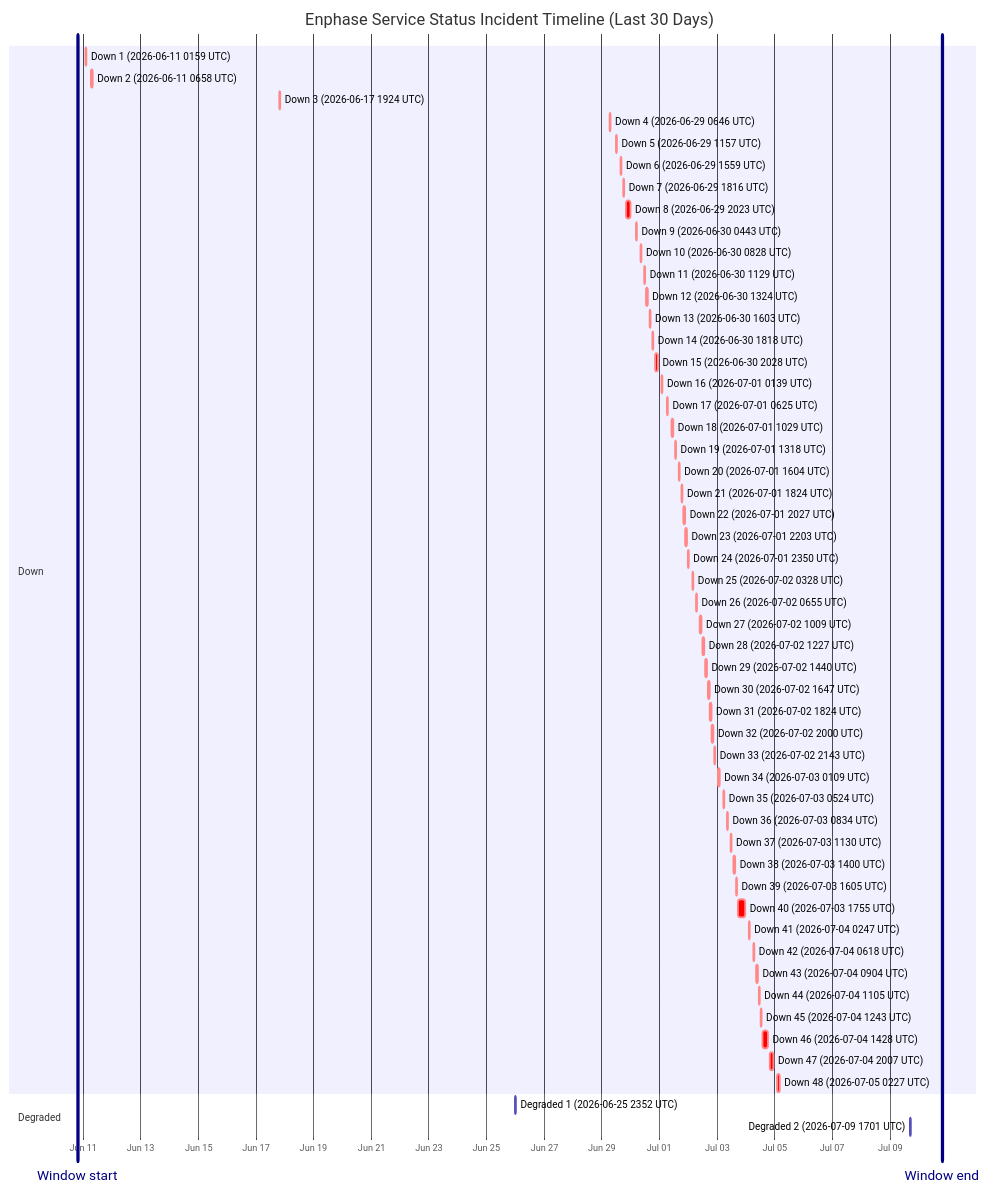
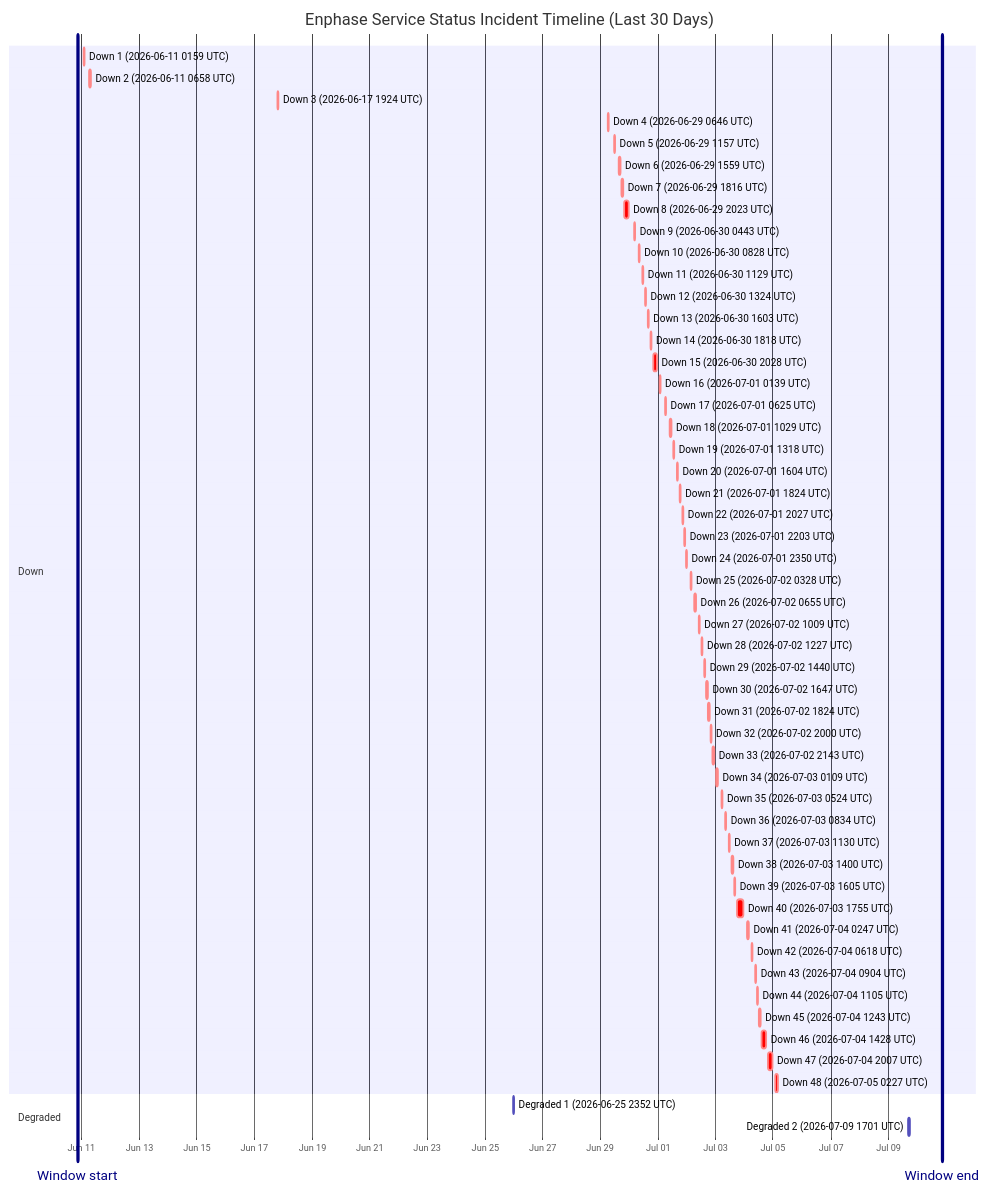
Before and after one commit to barneyonline/ha-enphase-energy: the diagram in wiki/Service-Status-History.md, drawn with Mermaid. The commit also changed other lines of this file and 3 other files, not shown here.

````diff
--- a/wiki/Service-Status-History.md
+++ b/wiki/Service-Status-History.md
@@ -14,60 +14,60 @@
 ```mermaid
 gantt
     title Enphase Service Status Incident Timeline (Last 30 Days)
     dateFormat  YYYY-MM-DDTHH:mm:ss
     axisFormat  %b %d
-    Window start :vert, window-start, 2026-06-10T19:25:05, 0ms
-    Window end :vert, window-end, 2026-07-10T19:25:05, 0ms
+    Window start :vert, window-start, 2026-06-10T20:48:50, 0ms
+    Window end :vert, window-end, 2026-07-10T20:48:50, 0ms
     section Down
     Down 1 (2026-06-11 0159 UTC) :crit, down-1, 2026-06-11T01:59:36, 60m
     Down 2 (2026-06-11 0658 UTC) :crit, down-2, 2026-06-11T06:58:45, 60m
     Down 3 (2026-06-17 1924 UTC) :crit, down-3, 2026-06-17T19:24:51, 60m
     Down 4 (2026-06-29 0646 UTC) :crit, down-4, 2026-06-29T06:46:18, 60m
     Down 5 (2026-06-29 1157 UTC) :crit, down-5, 2026-06-29T11:57:36, 60m
     Down 6 (2026-06-29 1559 UTC) :crit, down-6, 2026-06-29T15:59:02, 60m
     Down 7 (2026-06-29 1816 UTC) :crit, down-7, 2026-06-29T18:16:38, 60m
     Down 8 (2026-06-29 2023 UTC) :crit, down-8, 2026-06-29T20:23:16, 220m
     Down 9 (2026-06-30 0443 UTC) :crit, down-9, 2026-06-30T04:43:54, 60m
     Down 10 (2026-06-30 0828 UTC) :crit, down-10, 2026-06-30T08:28:43, 60m
     Down 11 (2026-06-30 1129 UTC) :crit, down-11, 2026-06-30T11:29:15, 60m
     Down 12 (2026-06-30 1324 UTC) :crit, down-12, 2026-06-30T13:24:25, 60m
     Down 13 (2026-06-30 1603 UTC) :crit, down-13, 2026-06-30T16:03:26, 60m
     Down 14 (2026-06-30 1818 UTC) :crit, down-14, 2026-06-30T18:18:39, 60m
     Down 15 (2026-06-30 2028 UTC) :crit, down-15, 2026-06-30T20:28:54, 171m
     Down 16 (2026-07-01 0139 UTC) :crit, down-16, 2026-07-01T01:39:18, 60m
     Down 17 (2026-07-01 0625 UTC) :crit, down-17, 2026-07-01T06:25:35, 60m
     Down 18 (2026-07-01 1029 UTC) :crit, down-18, 2026-07-01T10:29:24, 60m
     Down 19 (2026-07-01 1318 UTC) :crit, down-19, 2026-07-01T13:18:31, 60m
     Down 20 (2026-07-01 1604 UTC) :crit, down-20, 2026-07-01T16:04:29, 60m
     Down 21 (2026-07-01 1824 UTC) :crit, down-21, 2026-07-01T18:24:21, 60m
     Down 22 (2026-07-01 2027 UTC) :crit, down-22, 2026-07-01T20:27:17, 60m
     Down 23 (2026-07-01 2203 UTC) :crit, down-23, 2026-07-01T22:03:46, 60m
     Down 24 (2026-07-01 2350 UTC) :crit, down-24, 2026-07-01T23:50:52, 60m
     Down 25 (2026-07-02 0328 UTC) :crit, down-25, 2026-07-02T03:28:33, 60m
     Down 26 (2026-07-02 0655 UTC) :crit, down-26, 2026-07-02T06:55:07, 60m
     Down 27 (2026-07-02 1009 UTC) :crit, down-27, 2026-07-02T10:09:15, 60m
     Down 28 (2026-07-02 1227 UTC) :crit, down-28, 2026-07-02T12:27:49, 60m
     Down 29 (2026-07-02 1440 UTC) :crit, down-29, 2026-07-02T14:40:53, 60m
     Down 30 (2026-07-02 1647 UTC) :crit, down-30, 2026-07-02T16:47:47, 60m
     Down 31 (2026-07-02 1824 UTC) :crit, down-31, 2026-07-02T18:24:26, 60m
     Down 32 (2026-07-02 2000 UTC) :crit, down-32, 2026-07-02T20:00:57, 60m
     Down 33 (2026-07-02 2143 UTC) :crit, down-33, 2026-07-02T21:43:52, 80m
     Down 34 (2026-07-03 0109 UTC) :crit, down-34, 2026-07-03T01:09:19, 60m
     Down 35 (2026-07-03 0524 UTC) :crit, down-35, 2026-07-03T05:24:23, 60m
     Down 36 (2026-07-03 0834 UTC) :crit, down-36, 2026-07-03T08:34:05, 60m
     Down 37 (2026-07-03 1130 UTC) :crit, down-37, 2026-07-03T11:30:41, 60m
     Down 38 (2026-07-03 1400 UTC) :crit, down-38, 2026-07-03T14:00:48, 60m
     Down 39 (2026-07-03 1605 UTC) :crit, down-39, 2026-07-03T16:05:49, 60m
     Down 40 (2026-07-03 1755 UTC) :crit, down-40, 2026-07-03T17:55:54, 338m
     Down 41 (2026-07-04 0247 UTC) :crit, down-41, 2026-07-04T02:47:22, 60m
     Down 42 (2026-07-04 0618 UTC) :crit, down-42, 2026-07-04T06:18:09, 60m
     Down 43 (2026-07-04 0904 UTC) :crit, down-43, 2026-07-04T09:04:41, 60m
     Down 44 (2026-07-04 1105 UTC) :crit, down-44, 2026-07-04T11:05:21, 60m
     Down 45 (2026-07-04 1243 UTC) :crit, down-45, 2026-07-04T12:43:25, 60m
     Down 46 (2026-07-04 1428 UTC) :crit, down-46, 2026-07-04T14:28:07, 243m
     Down 47 (2026-07-04 2007 UTC) :crit, down-47, 2026-07-04T20:07:50, 206m
     Down 48 (2026-07-05 0227 UTC) :crit, down-48, 2026-07-05T02:27:32, 109m
     section Degraded
     Degraded 1 (2026-06-25 2352 UTC) :active, degraded-1, 2026-06-25T23:52:01, 60m
     Degraded 2 (2026-07-09 1701 UTC) :active, degraded-2, 2026-07-09T17:01:02, 60m
 ```
````
